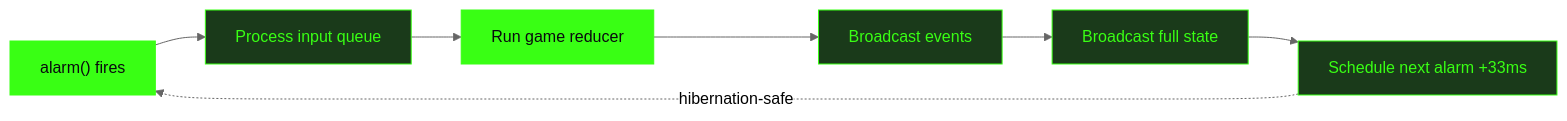
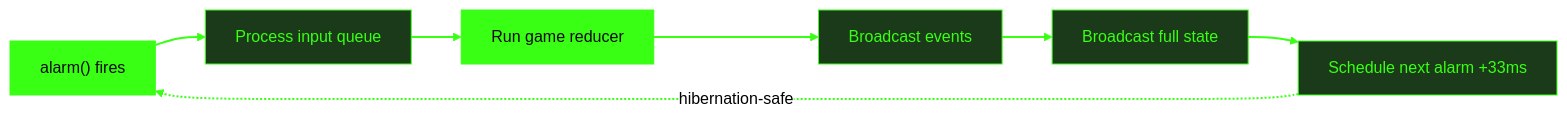
The diagram in decks/vaders/slides.md (adewale/slide-maker), drawn with Mermaid (neutral theme) before and after one commit. The commit also changed other lines of this file and 21 other files, not shown here.

````diff
--- a/decks/vaders/slides.md
+++ b/decks/vaders/slides.md
@@ -135,13 +135,14 @@
 ```mermaid {theme: 'dark', scale: 0.8}
 graph LR
   A["alarm() fires"] --> B["Process input queue"]
   B --> C["Run game reducer"]
   C --> D["Broadcast events"]
   D --> E["Broadcast full state"]
   E --> F["Schedule next alarm +33ms"]
   F -.->|"hibernation-safe"| A
   classDef green fill:#39ff14,stroke:#39ff14,color:#0a0a0f
   classDef dim fill:#1a3a1a,stroke:#39ff14,color:#39ff14
   class A,C green
   class B,D,E,F dim
+  linkStyle default stroke:#39ff14,stroke-width:2px
 ```
````
